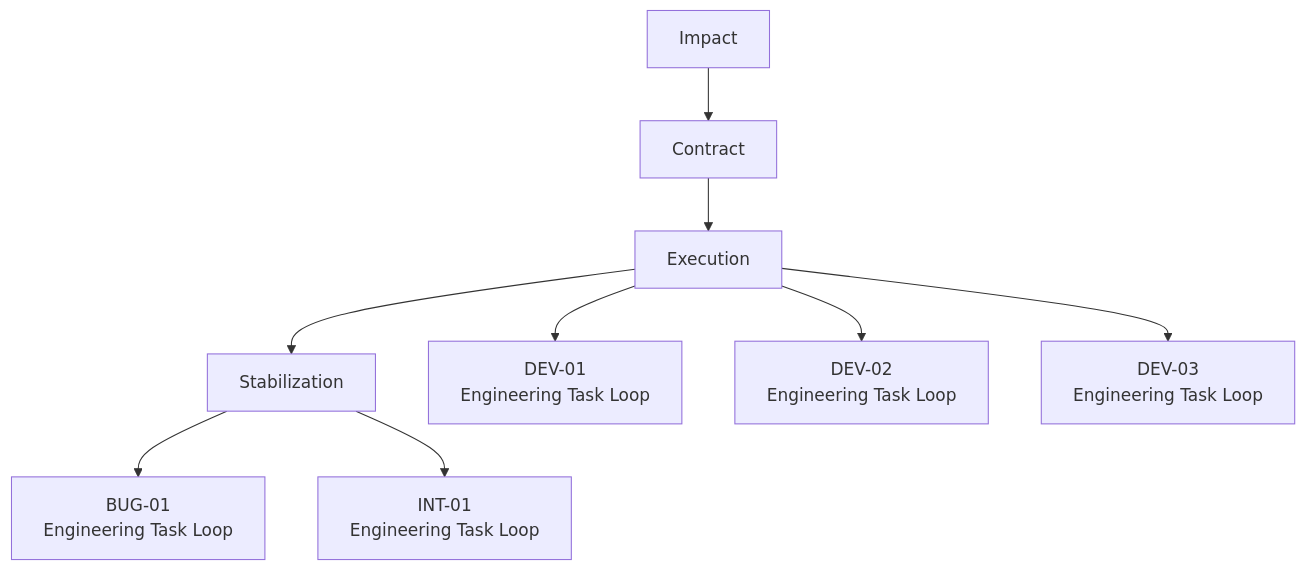
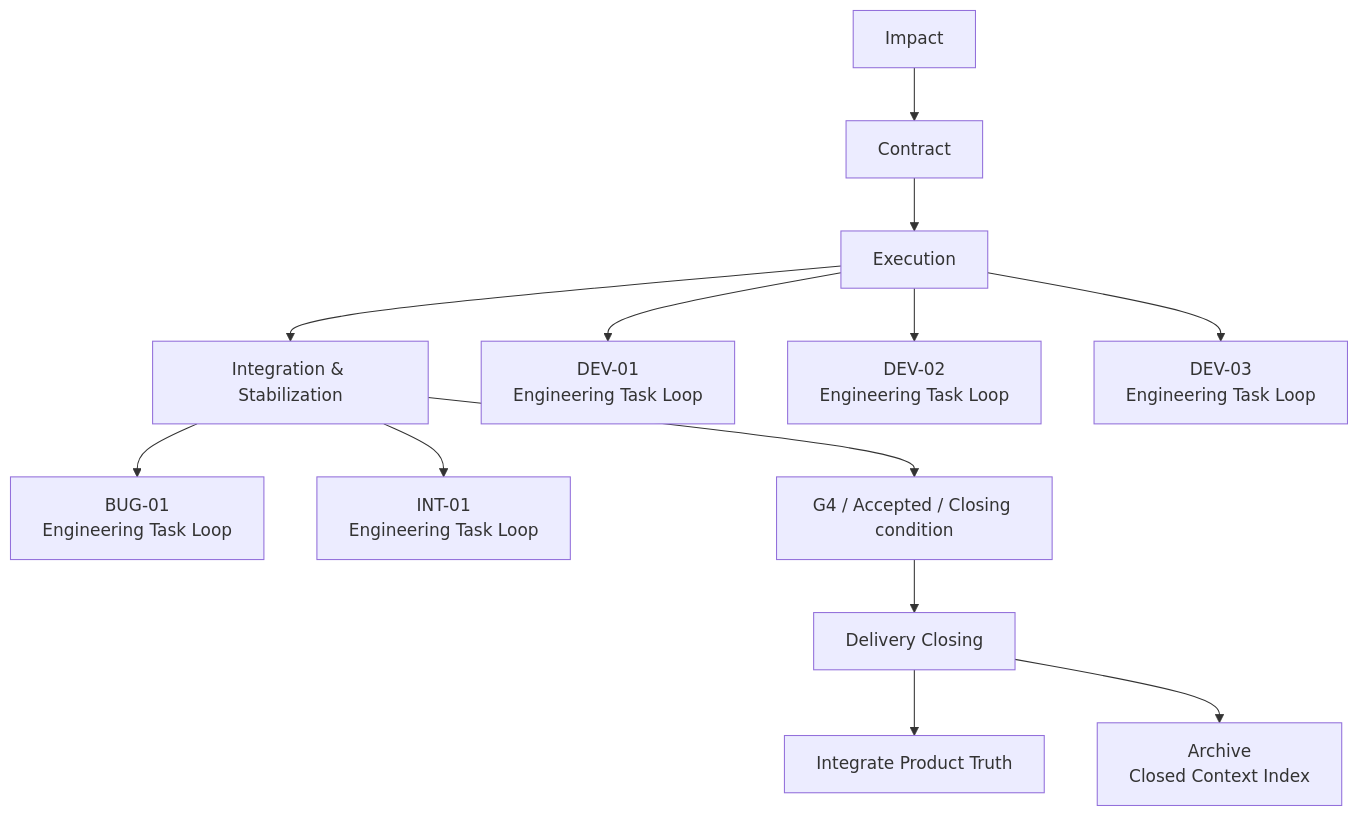
Before and after one commit to cnxutu/tu-engineering-workbench: the fifth of 9 diagrams in docs/workflows/engineering-task-loop/README.md, drawn with Mermaid. The commit also changed other lines of this file and 18 other files, not shown here.

````diff
--- a/docs/workflows/engineering-task-loop/README.md
+++ b/docs/workflows/engineering-task-loop/README.md
@@ -277,9 +277,13 @@
 ```mermaid
 flowchart TD
-    I[Impact] --> C[Contract] --> E[Execution] --> S[Stabilization]
+    I[Impact] --> C[Contract] --> E[Execution] --> S[Integration & Stabilization]
     E --> D1[DEV-01<br/>Engineering Task Loop]
     E --> D2[DEV-02<br/>Engineering Task Loop]
     E --> D3[DEV-03<br/>Engineering Task Loop]
     S --> B1[BUG-01<br/>Engineering Task Loop]
     S --> N1[INT-01<br/>Engineering Task Loop]
+    S --> G[G4 / Accepted / Closing condition]
+    G --> DC[Delivery Closing]
+    DC --> IP[Integrate Product Truth]
+    DC --> A[Archive<br/>Closed Context Index]
 ```
````
